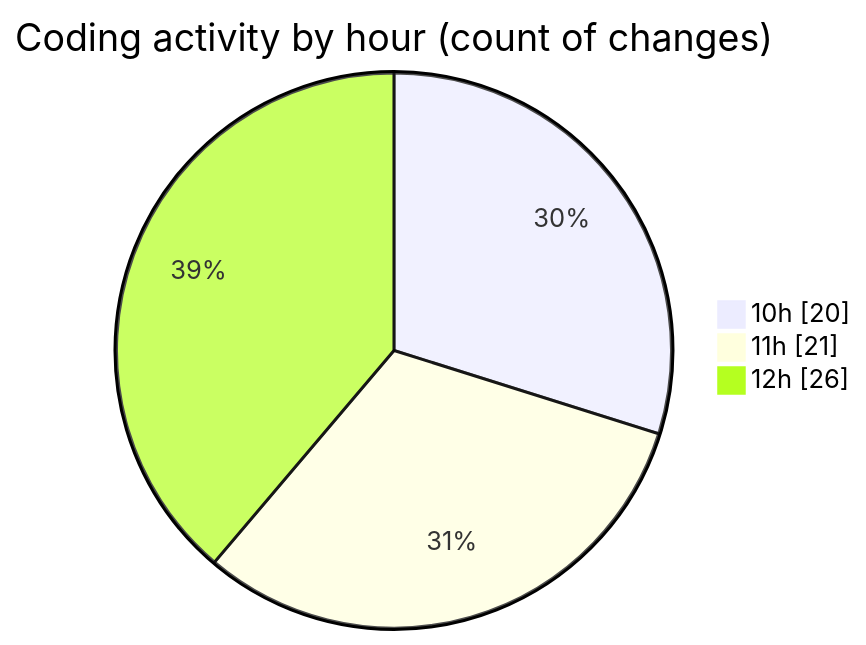
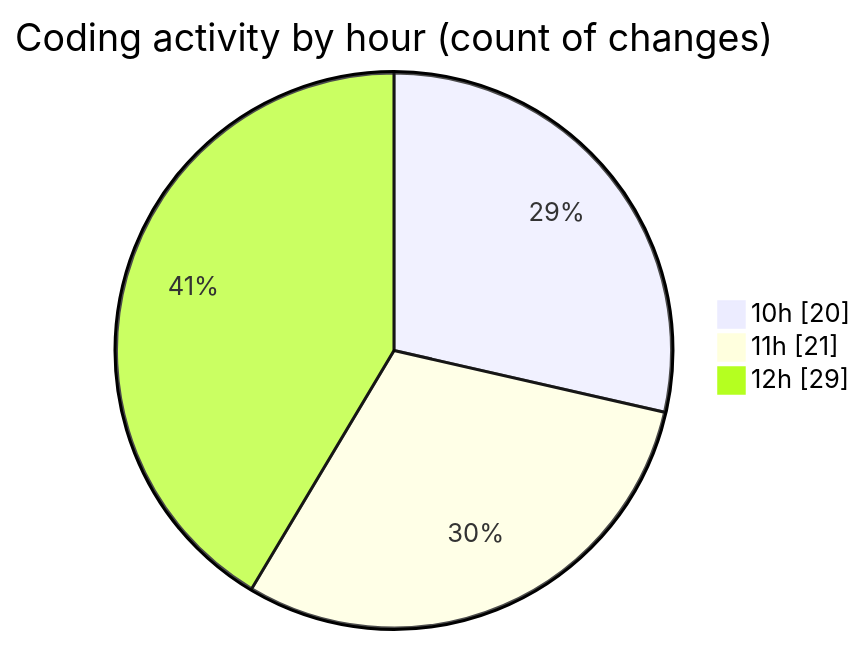
Before and after one commit to momahboobian/code-tracking: the second of 2 diagrams in 2025-05-20/cda/README.md, drawn with Mermaid. The commit also changed other lines of this file and 1 other file, not shown here.

````diff
--- a/2025-05-20/cda/README.md
+++ b/2025-05-20/cda/README.md
@@ -42,7 +42,7 @@
 ```mermaid
 pie showData
 title Coding activity by hour (count of changes)
 "10h" : 20
 "11h" : 21
-"12h" : 26
+"12h" : 29
 ```
````
